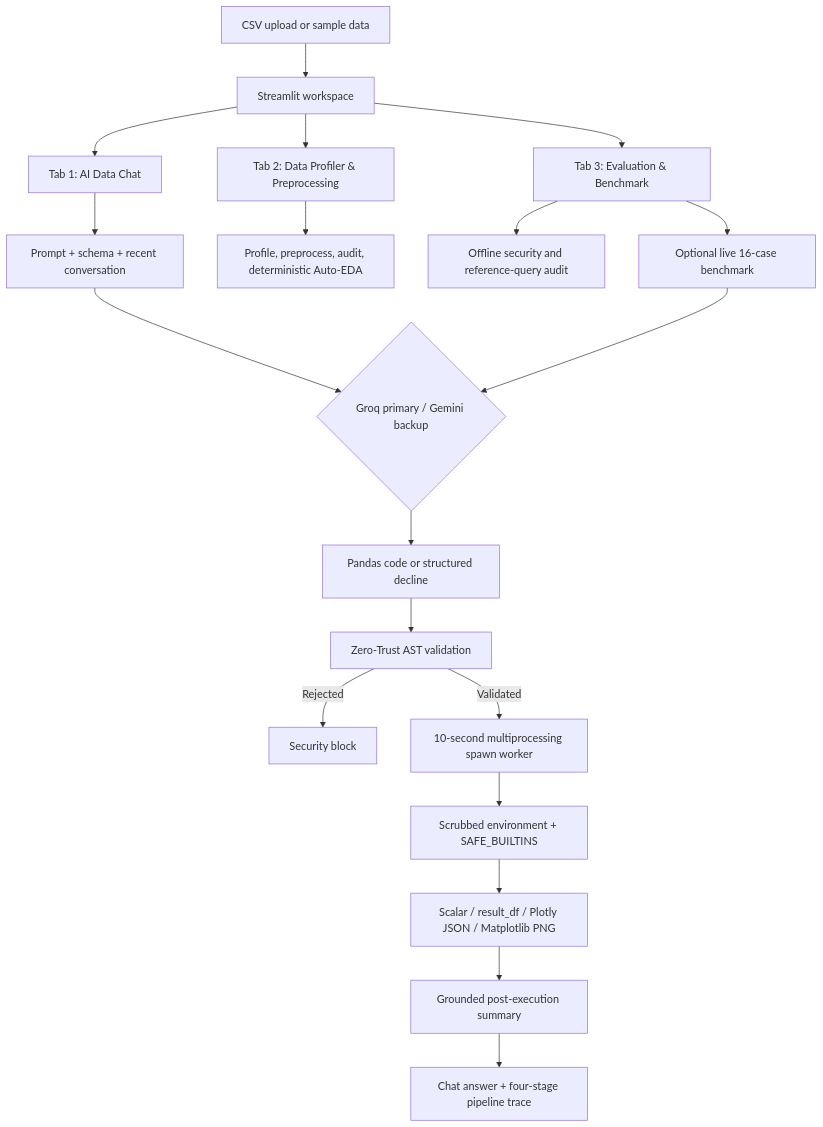
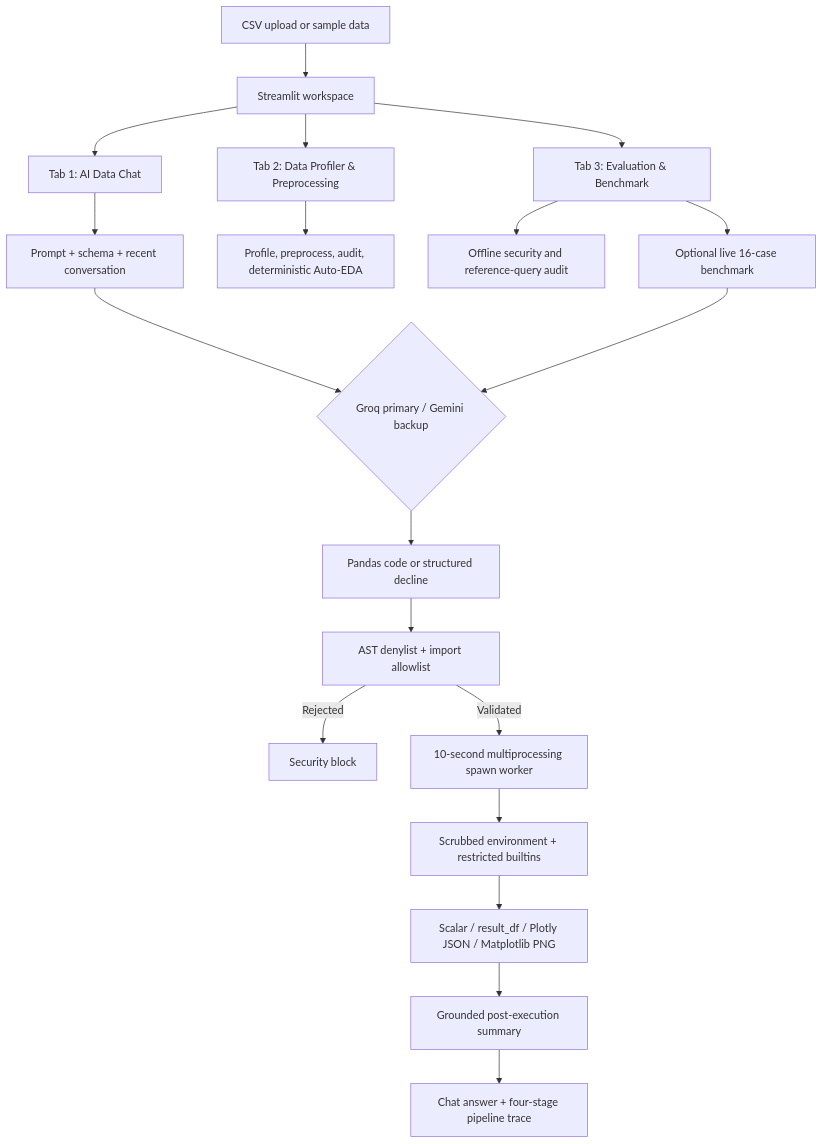
The diagram in README.md (Parth-349/Chat-with-your-CSV-Enterprise-Natural-Language-Tabular-Data-Analyst), drawn with Mermaid before and after one commit. The commit also changed other lines of this file and 4 other files, not shown here.

````diff
--- a/README.md
+++ b/README.md
@@ -47,23 +41,23 @@
 ```mermaid
 flowchart TD
     CSV["CSV upload or sample data"] --> UI["Streamlit workspace"]
     UI --> CHAT["Tab 1: AI Data Chat"]
     UI --> PROFILE["Tab 2: Data Profiler & Preprocessing"]
     UI --> EVAL["Tab 3: Evaluation & Benchmark"]
 
     CHAT --> PROMPT["Prompt + schema + recent conversation"]
     PROMPT --> ROUTER{"Groq primary / Gemini backup"}
     ROUTER --> CODE["Pandas code or structured decline"]
-    CODE --> AST["Zero-Trust AST validation"]
+    CODE --> AST["AST denylist + import allowlist"]
     AST -->|Rejected| BLOCK["Security block"]
     AST -->|Validated| WORKER["10-second multiprocessing spawn worker"]
-    WORKER --> SAFE["Scrubbed environment + SAFE_BUILTINS"]
+    WORKER --> SAFE["Scrubbed environment + restricted builtins"]
     SAFE --> OUTPUT["Scalar / result_df / Plotly JSON / Matplotlib PNG"]
     OUTPUT --> SUMMARY["Grounded post-execution summary"]
     SUMMARY --> TRACE["Chat answer + four-stage pipeline trace"]
 
     PROFILE --> CLEAN["Profile, preprocess, audit, deterministic Auto-EDA"]
     EVAL --> OFFLINE["Offline security and reference-query audit"]
     EVAL --> LIVE["Optional live 16-case benchmark"]
     LIVE --> ROUTER
 ```
````
